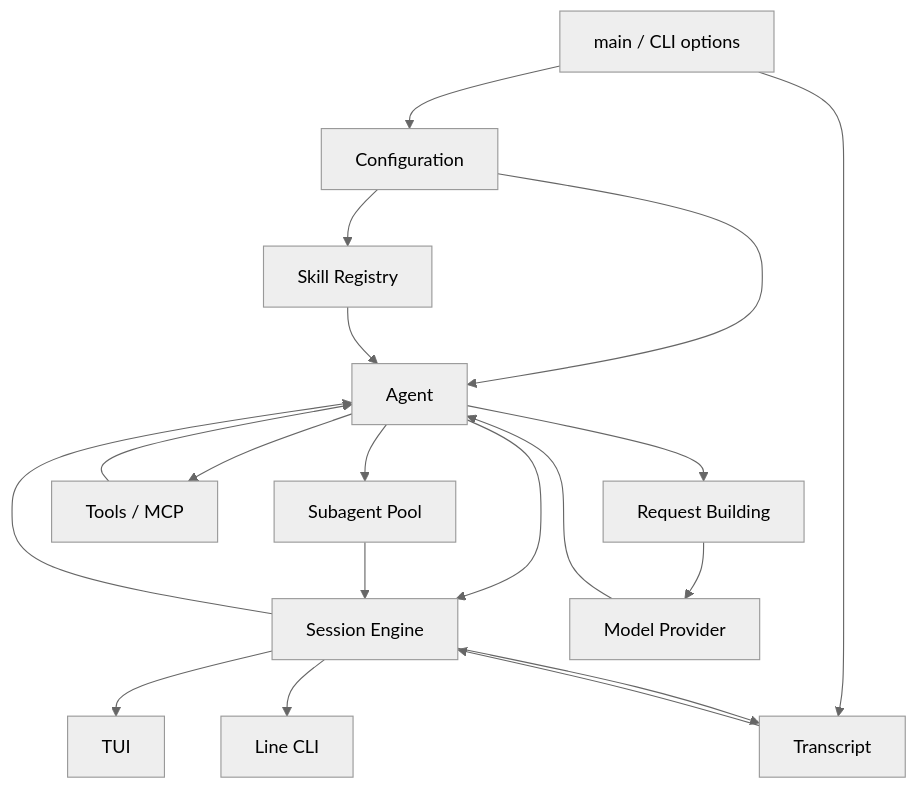
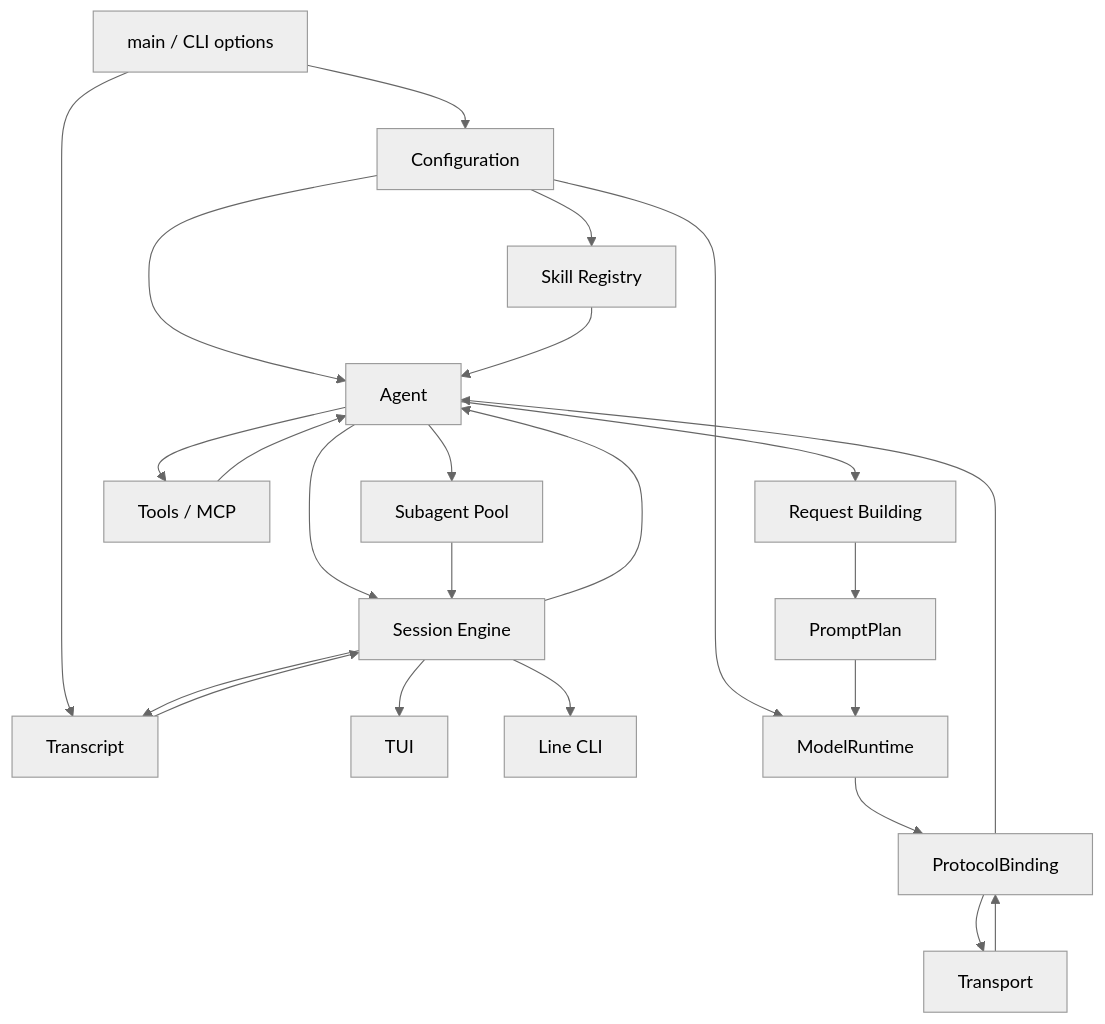
One commit to letr007/letcode changed the first of 2 diagrams in docs/index.md. Above: the diagram before and after it, drawn with Mermaid (neutral theme). The commit also changed other lines of this file and 69 other files, not shown here.

Commit message:
refactor(runtime): replace provider SDK with typed model runtime

````diff
--- a/docs/index.md
+++ b/docs/index.md
@@ -7,34 +7,42 @@
 ```mermaid
 flowchart TD
     Main["main / CLI options"]
     Config["Configuration"]
     Skills["Skill Registry"]
     Agent["Agent"]
     Transcript["Transcript"]
     Session["Session Engine"]
     TUI["TUI"]
     CLI["Line CLI"]
     Request["Request Building"]
-    Provider["Model Provider"]
+    Runtime["ModelRuntime"]
+    Binding["ProtocolBinding"]
+    Transport["Transport"]
+    PromptPlan["PromptPlan"]
     Tools["Tools / MCP"]
     Subagents["Subagent Pool"]
 
     Main --> Config
     Config --> Agent
+    Config --> Runtime
     Config --> Skills
     Skills --> Agent
     Main --> Transcript
     Agent --> Session
     Transcript --> Session
     Session --> TUI
     Session --> CLI
     Session --> Agent
     Agent --> Request
-    Request --> Provider
-    Provider --> Agent
+    Request --> PromptPlan
+    PromptPlan --> Runtime
+    Runtime --> Binding
+    Binding --> Transport
+    Transport --> Binding
+    Binding --> Agent
     Agent --> Tools
     Agent --> Subagents
     Tools --> Agent
     Subagents --> Session
     Session --> Transcript
 ```
````
